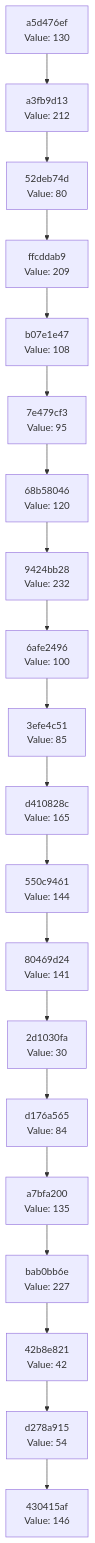
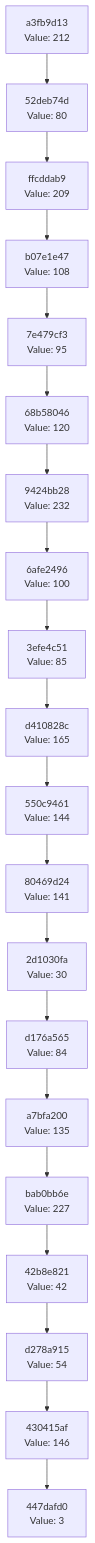
One commit to Abhisheksinha1506/hash-chain-evolver changed the diagram in docs/CHAIN_VISUALIZATION.md. Above: the diagram before and after it, drawn with Mermaid. The commit also changed 2 other files, not shown here.

Commit message:
Evolution step: hash 0x03 → action executed

````diff
--- a/docs/CHAIN_VISUALIZATION.md
+++ b/docs/CHAIN_VISUALIZATION.md
@@ -3,42 +3,42 @@
 ```mermaid
 graph TD
-    C0["430415af<br/>Value: 146"]
-    C1["d278a915<br/>Value: 54"]
+    C0["447dafd0<br/>Value: 3"]
+    C1["430415af<br/>Value: 146"]
     C1 --> C0
-    C2["42b8e821<br/>Value: 42"]
+    C2["d278a915<br/>Value: 54"]
     C2 --> C1
-    C3["bab0bb6e<br/>Value: 227"]
+    C3["42b8e821<br/>Value: 42"]
     C3 --> C2
-    C4["a7bfa200<br/>Value: 135"]
+    C4["bab0bb6e<br/>Value: 227"]
     C4 --> C3
-    C5["d176a565<br/>Value: 84"]
+    C5["a7bfa200<br/>Value: 135"]
     C5 --> C4
-    C6["2d1030fa<br/>Value: 30"]
+    C6["d176a565<br/>Value: 84"]
     C6 --> C5
-    C7["80469d24<br/>Value: 141"]
+    C7["2d1030fa<br/>Value: 30"]
     C7 --> C6
-    C8["550c9461<br/>Value: 144"]
+    C8["80469d24<br/>Value: 141"]
     C8 --> C7
-    C9["d410828c<br/>Value: 165"]
+    C9["550c9461<br/>Value: 144"]
     C9 --> C8
-    C10["3efe4c51<br/>Value: 85"]
+    C10["d410828c<br/>Value: 165"]
     C10 --> C9
-    C11["6afe2496<br/>Value: 100"]
+    C11["3efe4c51<br/>Value: 85"]
     C11 --> C10
-    C12["9424bb28<br/>Value: 232"]
+    C12["6afe2496<br/>Value: 100"]
     C12 --> C11
-    C13["68b58046<br/>Value: 120"]
+    C13["9424bb28<br/>Value: 232"]
     C13 --> C12
-    C14["7e479cf3<br/>Value: 95"]
+    C14["68b58046<br/>Value: 120"]
     C14 --> C13
-    C15["b07e1e47<br/>Value: 108"]
+    C15["7e479cf3<br/>Value: 95"]
     C15 --> C14
-    C16["ffcddab9<br/>Value: 209"]
+    C16["b07e1e47<br/>Value: 108"]
     C16 --> C15
-    C17["52deb74d<br/>Value: 80"]
+    C17["ffcddab9<br/>Value: 209"]
     C17 --> C16
-    C18["a3fb9d13<br/>Value: 212"]
+    C18["52deb74d<br/>Value: 80"]
     C18 --> C17
-    C19["a5d476ef<br/>Value: 130"]
+    C19["a3fb9d13<br/>Value: 212"]
     C19 --> C18
 ```
````
